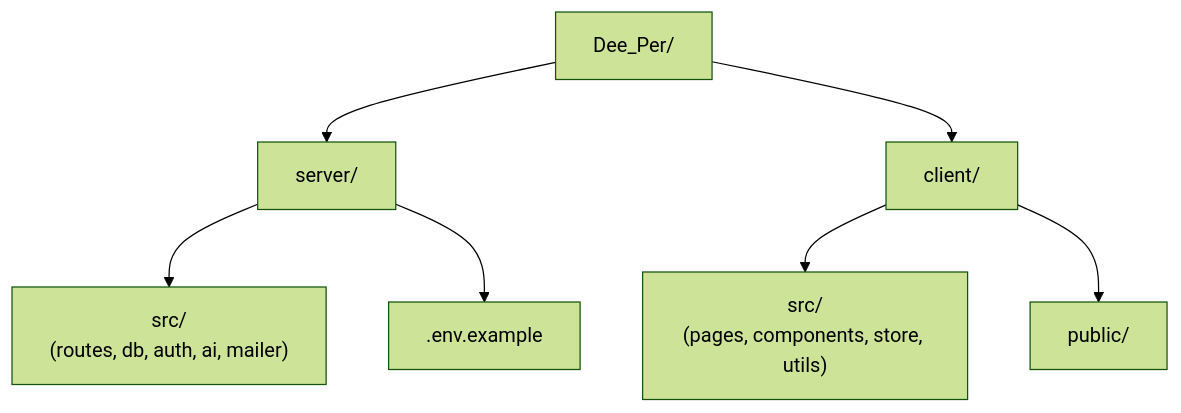
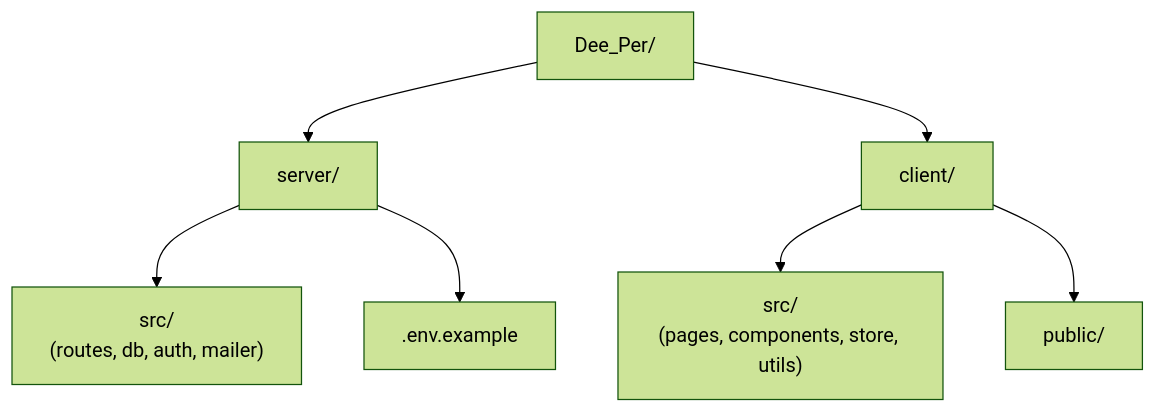
The fourth of 4 diagrams in README.md (Pug-03/DeePer), drawn with Mermaid (forest theme) before and after one commit. The commit also changed other lines of this file and 9 other files, not shown here.

````diff
--- a/README.md
+++ b/README.md
@@ -229,9 +226,9 @@
 ```mermaid
 flowchart TD
     Root["Dee_Per/"] --> Server["server/"]
     Root --> Client["client/"]
-    Server --> ServerSrc["src/\n(routes, db, auth, ai, mailer)"]
+    Server --> ServerSrc["src/\n(routes, db, auth, mailer)"]
     Server --> ServerEnv[".env.example"]
     Client --> ClientSrc["src/\n(pages, components, store, utils)"]
     Client --> ClientPublic["public/"]
 ```
````
